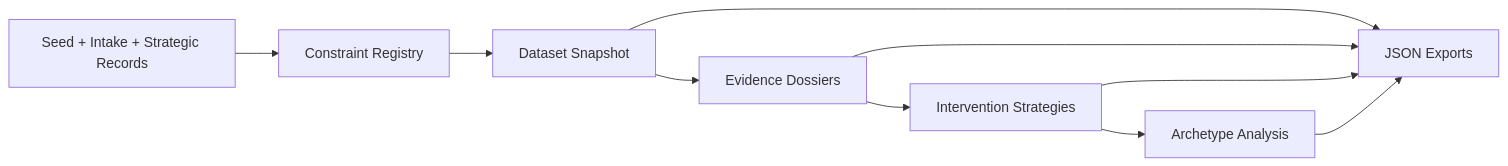
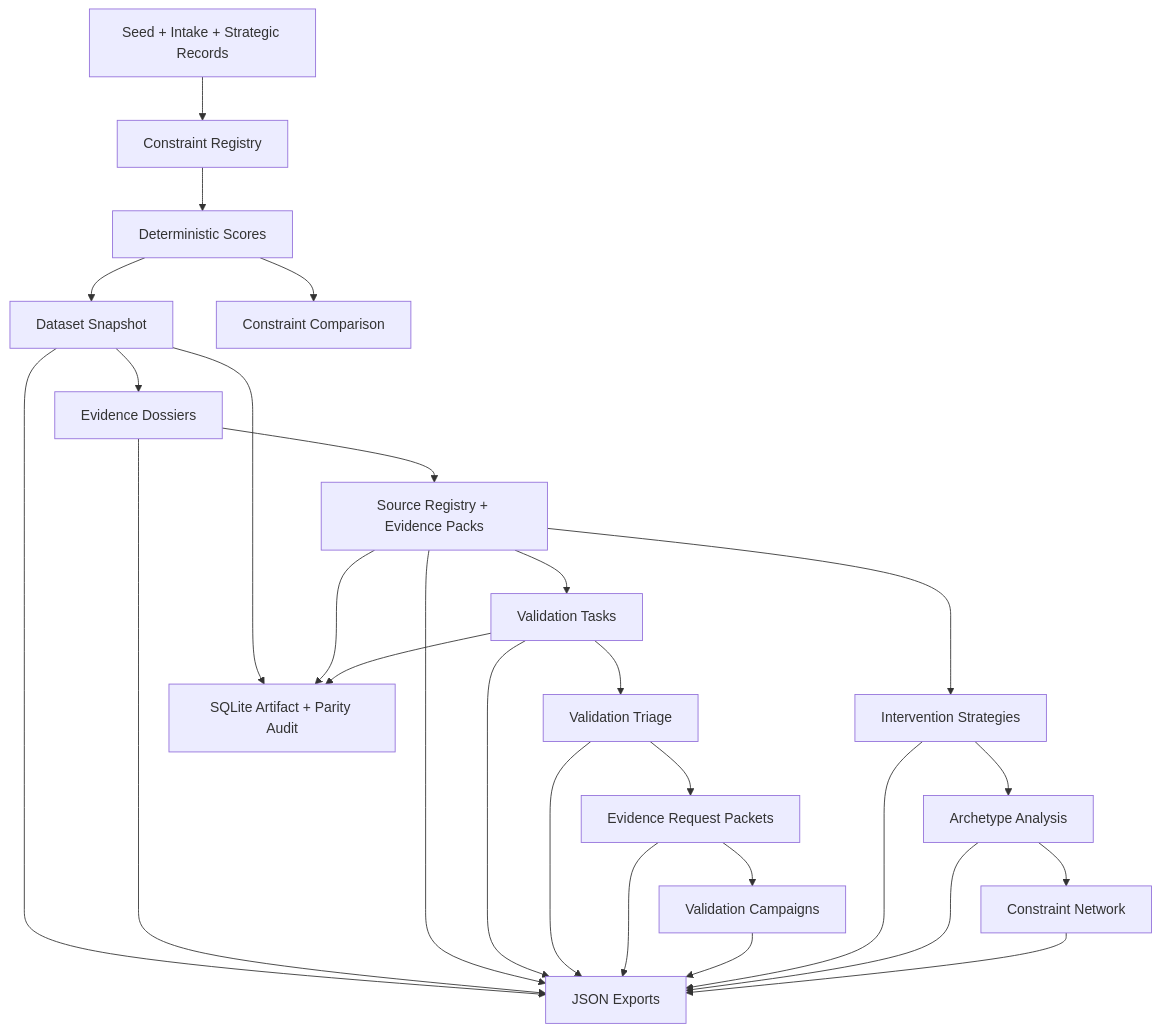
One commit to EtherTabu/economic-x-ray-vision changed the diagram in docs/DATA_PIPELINE.md. Above: the diagram before and after it, drawn with Mermaid. The commit also changed other lines of this file and 10 other files, not shown here.

````diff
--- a/docs/DATA_PIPELINE.md
+++ b/docs/DATA_PIPELINE.md
@@ -19,12 +19,29 @@
 ```mermaid
-flowchart LR
+flowchart TD
   A["Seed + Intake + Strategic Records"] --> B["Constraint Registry"]
-  B --> C["Dataset Snapshot"]
-  C --> D["Evidence Dossiers"]
-  D --> E["Intervention Strategies"]
-  E --> F["Archetype Analysis"]
-  C --> G["JSON Exports"]
-  D --> G
-  E --> G
-  F --> G
+  B --> C["Deterministic Scores"]
+  C --> D["Dataset Snapshot"]
+  D --> E["Evidence Dossiers"]
+  E --> F["Source Registry + Evidence Packs"]
+  F --> G["Validation Tasks"]
+  G --> H["Validation Triage"]
+  H --> I["Evidence Request Packets"]
+  I --> J["Validation Campaigns"]
+  F --> K["Intervention Strategies"]
+  K --> L["Archetype Analysis"]
+  L --> M["Constraint Network"]
+  C --> N["Constraint Comparison"]
+  D --> O["SQLite Artifact + Parity Audit"]
+  F --> O
+  G --> O
+  D --> P["JSON Exports"]
+  E --> P
+  F --> P
+  G --> P
+  H --> P
+  I --> P
+  J --> P
+  K --> P
+  L --> P
+  M --> P
 ```
````
